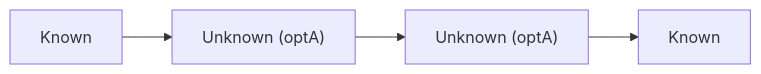
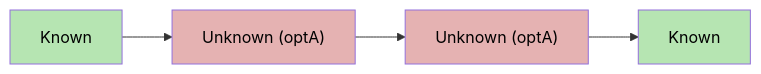
Before and after one commit to giomf/NixoScope: the first of 8 diagrams in README.md, drawn with Mermaid. The commit also changed other lines of this file, not shown here.

Commit message:
docs: add coloring to mermaid examples

````diff
--- a/README.md
+++ b/README.md
@@ -94,4 +94,6 @@
 ```mermaid
 graph LR
-    A[Known] --> B["Unknown (optA)"] --> C["Unknown (optA)"] --> D[Known]
+    classDef known fill:#b6e5b2,color:#000
+    classDef unknown fill:#e5b2b2,color:#000
+    A[Known]:::known --> B["Unknown (optA)"]:::unknown --> C["Unknown (optA)"]:::unknown --> D[Known]:::known
 ```
````
